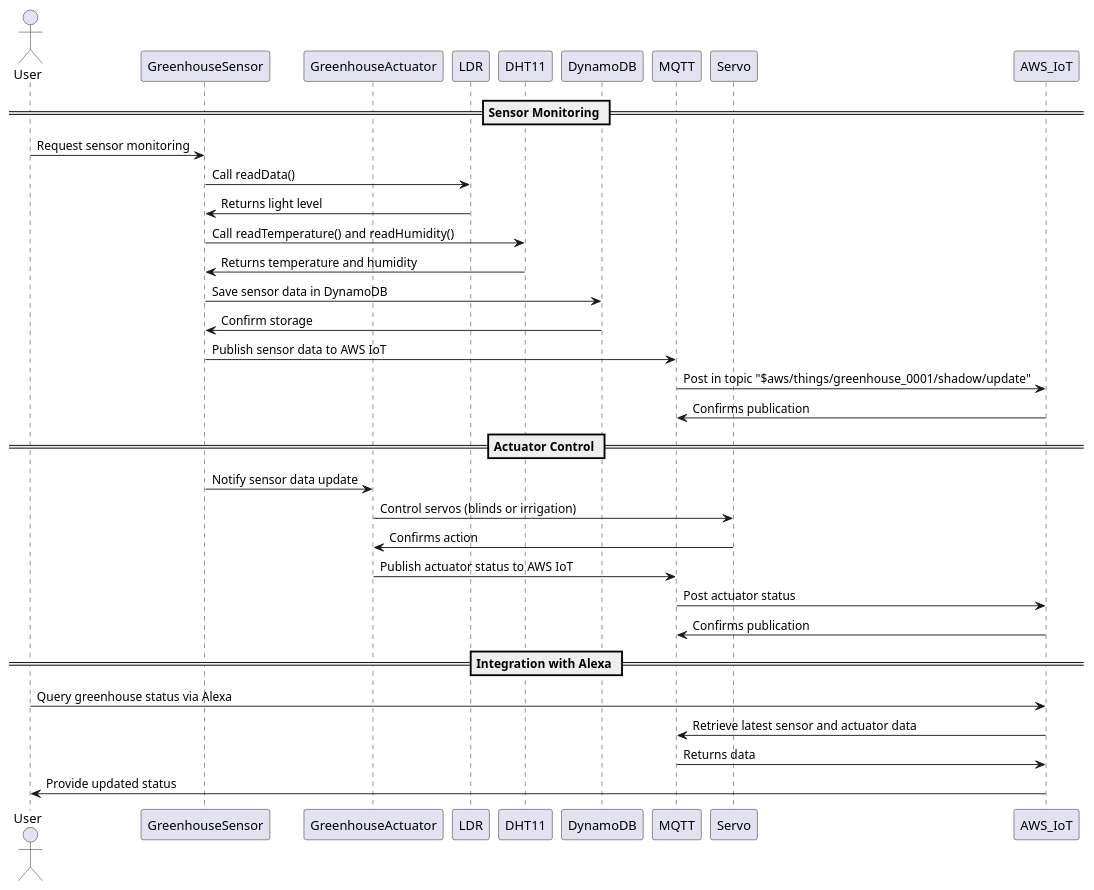
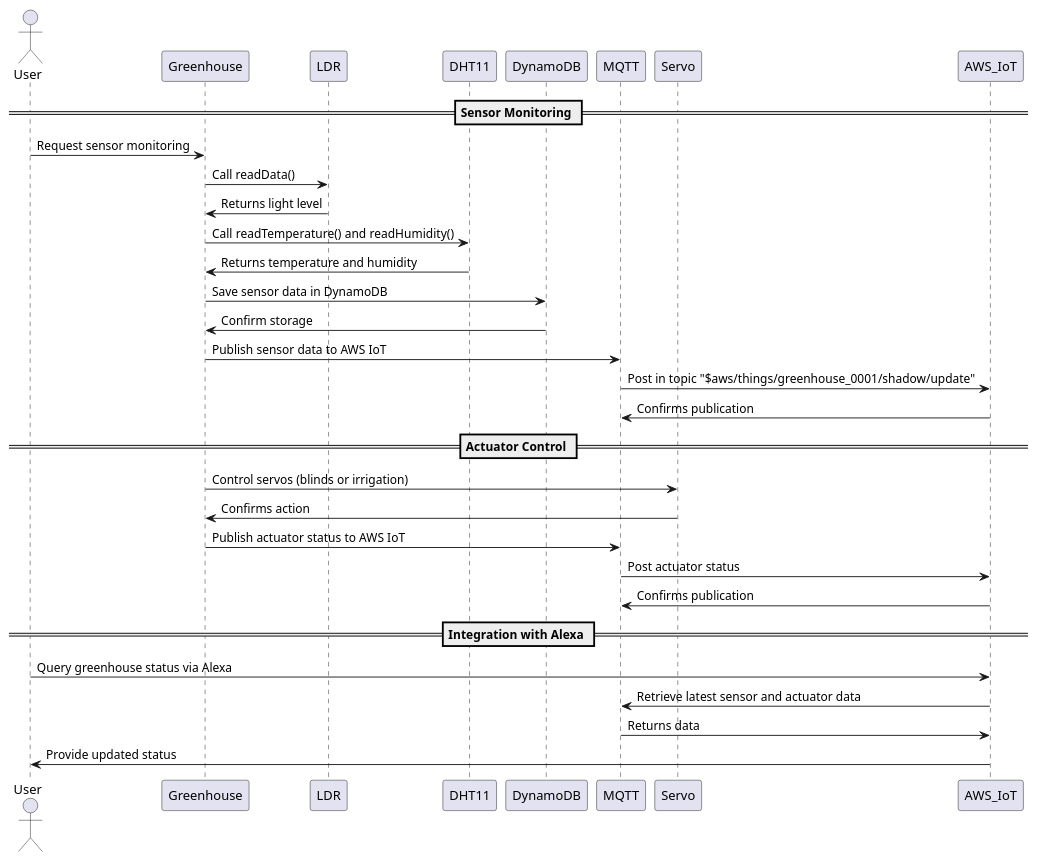
One commit to Focus0Wizard/greenhouse_project changed the diagram in diagrams/sequence.puml. Above: the diagram before and after it, drawn with PlantUML. The commit also changed 1 other file, not shown here.

Commit message:
change structure & sequence by using only 1 microcontroller@

```diff
--- a/diagrams/sequence.puml
+++ b/diagrams/sequence.puml
@@ -1,37 +1,35 @@
 @startuml
 actor User
-participant GreenhouseSensor
-participant GreenhouseActuator
+participant Greenhouse
 participant LDR
 participant DHT11
 participant DynamoDB
 participant MQTT
 participant Servo
 participant AWS_IoT
 
 == Sensor Monitoring ==
-User -> GreenhouseSensor : Request sensor monitoring
-GreenhouseSensor -> LDR : Call readData()
-LDR -> GreenhouseSensor : Returns light level
-GreenhouseSensor -> DHT11 : Call readTemperature() and readHumidity()
-DHT11 -> GreenhouseSensor : Returns temperature and humidity
-GreenhouseSensor -> DynamoDB : Save sensor data in DynamoDB
-DynamoDB -> GreenhouseSensor : Confirm storage
-GreenhouseSensor -> MQTT : Publish sensor data to AWS IoT
+User -> Greenhouse : Request sensor monitoring
+Greenhouse -> LDR : Call readData()
+LDR -> Greenhouse : Returns light level
+Greenhouse -> DHT11 : Call readTemperature() and readHumidity()
+DHT11 -> Greenhouse : Returns temperature and humidity
+Greenhouse -> DynamoDB : Save sensor data in DynamoDB
+DynamoDB -> Greenhouse : Confirm storage
+Greenhouse -> MQTT : Publish sensor data to AWS IoT
 MQTT -> AWS_IoT : Post in topic "$aws/things/greenhouse_0001/shadow/update"
 AWS_IoT -> MQTT : Confirms publication
 
 == Actuator Control ==
-GreenhouseSensor -> GreenhouseActuator : Notify sensor data update
-GreenhouseActuator -> Servo : Control servos (blinds or irrigation)
-Servo -> GreenhouseActuator : Confirms action
-GreenhouseActuator -> MQTT : Publish actuator status to AWS IoT
+Greenhouse -> Servo : Control servos (blinds or irrigation)
+Servo -> Greenhouse : Confirms action
+Greenhouse -> MQTT : Publish actuator status to AWS IoT
 MQTT -> AWS_IoT : Post actuator status
 AWS_IoT -> MQTT : Confirms publication
 
 == Integration with Alexa ==
 User -> AWS_IoT : Query greenhouse status via Alexa
 AWS_IoT -> MQTT : Retrieve latest sensor and actuator data
 MQTT -> AWS_IoT : Returns data
 AWS_IoT -> User : Provide updated status
 @enduml
```
